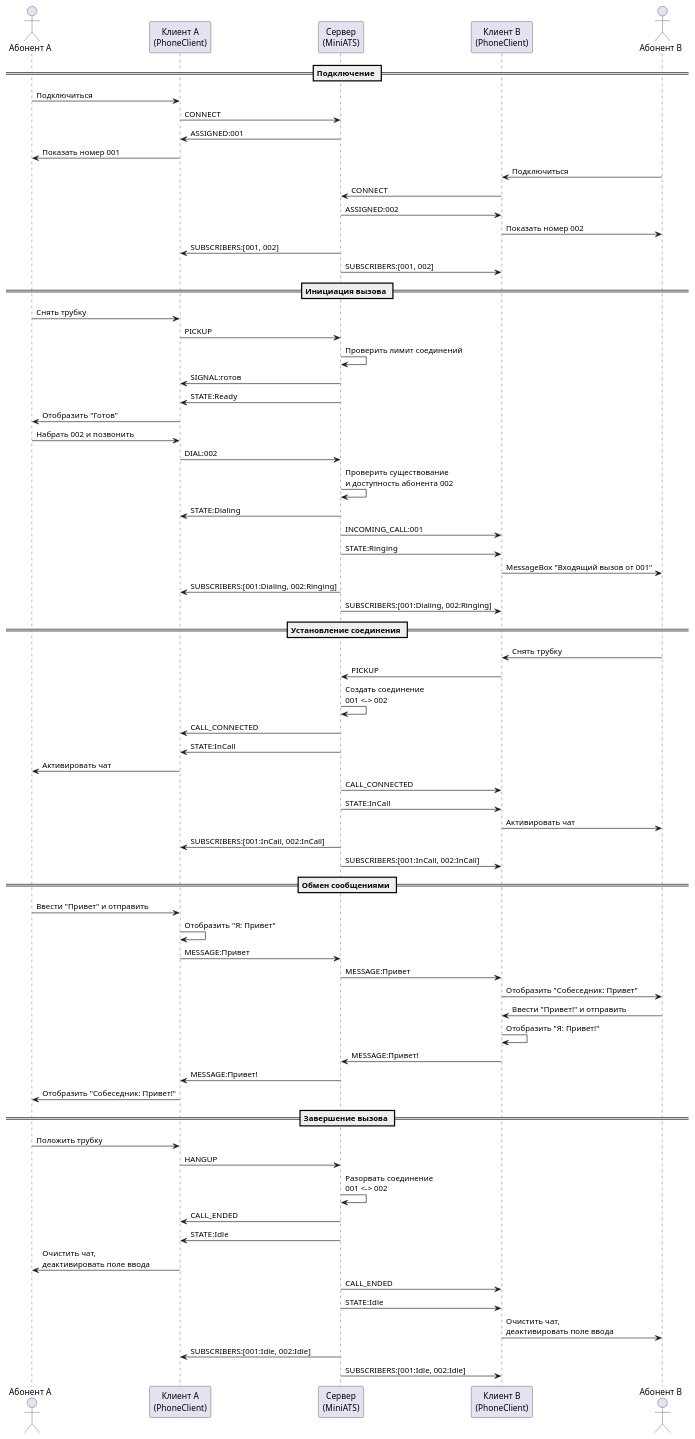
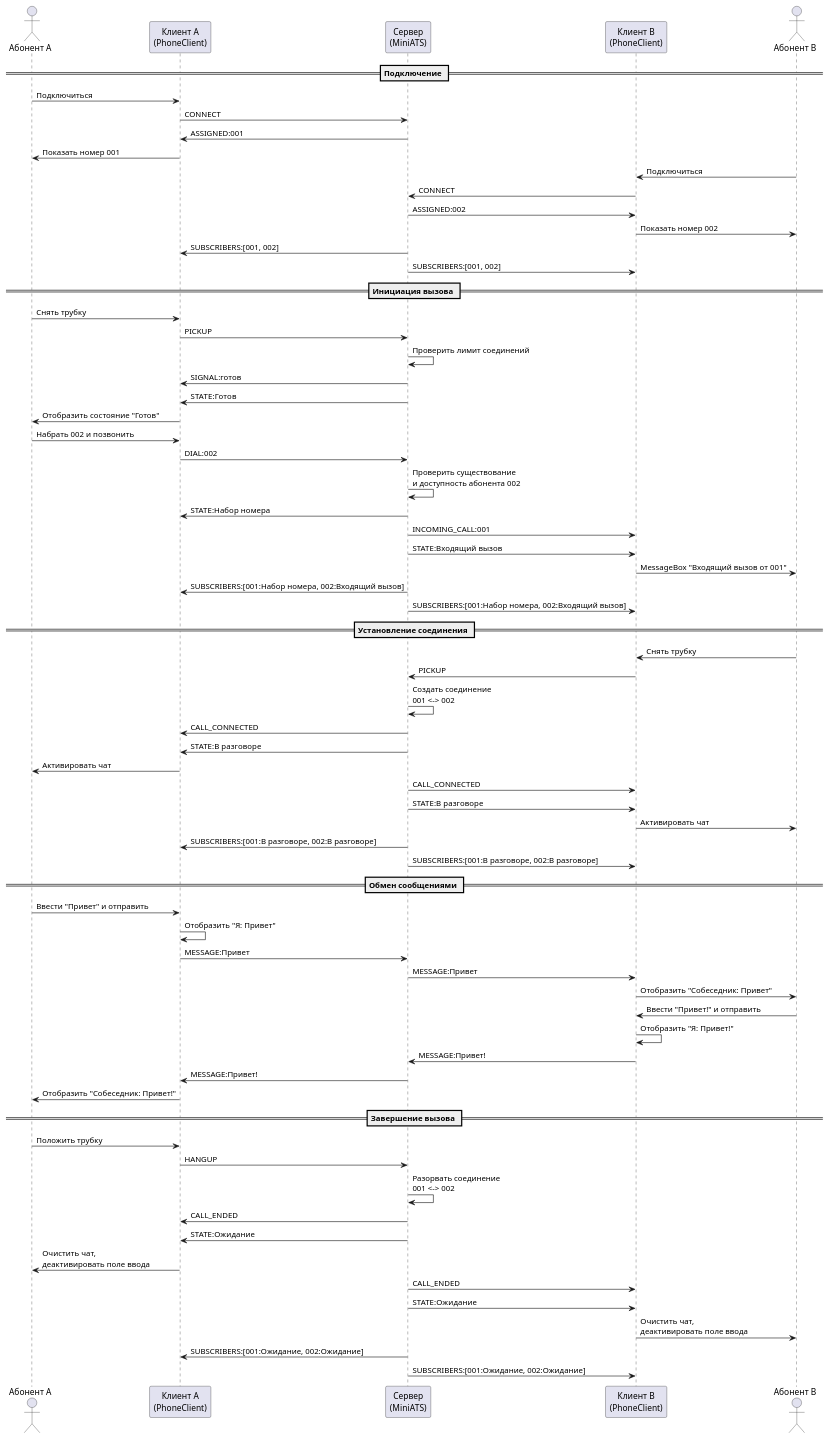
One commit to icepow-r/TelephoneExchange changed the diagram in docs/diagrams/sequence-diagram.puml. Above: the diagram before and after it, drawn with PlantUML. The commit also changed 2 other files, not shown here.

Commit message:
Update diagrams

```diff
--- a/docs/diagrams/sequence-diagram.puml
+++ b/docs/diagrams/sequence-diagram.puml
@@ -1,85 +1,85 @@
 @startuml Диаграмма последовательности - Успешный вызов
 
 actor "Абонент A" as ClientA
 participant "Клиент A\n(PhoneClient)" as PhoneA
 participant "Сервер\n(MiniATS)" as Server
 participant "Клиент B\n(PhoneClient)" as PhoneB
 actor "Абонент B" as ClientB
 
 == Подключение ==
 ClientA -> PhoneA: Подключиться
 PhoneA -> Server: CONNECT
 Server -> PhoneA: ASSIGNED:001
 PhoneA -> ClientA: Показать номер 001
 
 ClientB -> PhoneB: Подключиться
 PhoneB -> Server: CONNECT
 Server -> PhoneB: ASSIGNED:002
 PhoneB -> ClientB: Показать номер 002
 
 Server -> PhoneA: SUBSCRIBERS:[001, 002]
 Server -> PhoneB: SUBSCRIBERS:[001, 002]
 
 == Инициация вызова ==
 ClientA -> PhoneA: Снять трубку
 PhoneA -> Server: PICKUP
 Server -> Server: Проверить лимит соединений
 Server -> PhoneA: SIGNAL:готов
-Server -> PhoneA: STATE:Ready
-PhoneA -> ClientA: Отобразить "Готов"
+Server -> PhoneA: STATE:Готов
+PhoneA -> ClientA: Отобразить состояние "Готов"
 
 ClientA -> PhoneA: Набрать 002 и позвонить
 PhoneA -> Server: DIAL:002
 Server -> Server: Проверить существование\nи доступность абонента 002
-Server -> PhoneA: STATE:Dialing
+Server -> PhoneA: STATE:Набор номера
 Server -> PhoneB: INCOMING_CALL:001
-Server -> PhoneB: STATE:Ringing
+Server -> PhoneB: STATE:Входящий вызов
 PhoneB -> ClientB: MessageBox "Входящий вызов от 001"
 
-Server -> PhoneA: SUBSCRIBERS:[001:Dialing, 002:Ringing]
-Server -> PhoneB: SUBSCRIBERS:[001:Dialing, 002:Ringing]
+Server -> PhoneA: SUBSCRIBERS:[001:Набор номера, 002:Входящий вызов]
+Server -> PhoneB: SUBSCRIBERS:[001:Набор номера, 002:Входящий вызов]
 
 == Установление соединения ==
 ClientB -> PhoneB: Снять трубку
 PhoneB -> Server: PICKUP
 Server -> Server: Создать соединение\n001 <-> 002
 Server -> PhoneA: CALL_CONNECTED
-Server -> PhoneA: STATE:InCall
+Server -> PhoneA: STATE:В разговоре
 PhoneA -> ClientA: Активировать чат
 
 Server -> PhoneB: CALL_CONNECTED
-Server -> PhoneB: STATE:InCall
+Server -> PhoneB: STATE:В разговоре
 PhoneB -> ClientB: Активировать чат
 
-Server -> PhoneA: SUBSCRIBERS:[001:InCall, 002:InCall]
-Server -> PhoneB: SUBSCRIBERS:[001:InCall, 002:InCall]
+Server -> PhoneA: SUBSCRIBERS:[001:В разговоре, 002:В разговоре]
+Server -> PhoneB: SUBSCRIBERS:[001:В разговоре, 002:В разговоре]
 
 == Обмен сообщениями ==
 ClientA -> PhoneA: Ввести "Привет" и отправить
 PhoneA -> PhoneA: Отобразить "Я: Привет"
 PhoneA -> Server: MESSAGE:Привет
 Server -> PhoneB: MESSAGE:Привет
 PhoneB -> ClientB: Отобразить "Собеседник: Привет"
 
 ClientB -> PhoneB: Ввести "Привет!" и отправить
 PhoneB -> PhoneB: Отобразить "Я: Привет!"
 PhoneB -> Server: MESSAGE:Привет!
 Server -> PhoneA: MESSAGE:Привет!
 PhoneA -> ClientA: Отобразить "Собеседник: Привет!"
 
 == Завершение вызова ==
 ClientA -> PhoneA: Положить трубку
 PhoneA -> Server: HANGUP
 Server -> Server: Разорвать соединение\n001 <-> 002
 Server -> PhoneA: CALL_ENDED
-Server -> PhoneA: STATE:Idle
+Server -> PhoneA: STATE:Ожидание
 PhoneA -> ClientA: Очистить чат,\nдеактивировать поле ввода
 
 Server -> PhoneB: CALL_ENDED
-Server -> PhoneB: STATE:Idle
+Server -> PhoneB: STATE:Ожидание
 PhoneB -> ClientB: Очистить чат,\nдеактивировать поле ввода
 
-Server -> PhoneA: SUBSCRIBERS:[001:Idle, 002:Idle]
-Server -> PhoneB: SUBSCRIBERS:[001:Idle, 002:Idle]
+Server -> PhoneA: SUBSCRIBERS:[001:Ожидание, 002:Ожидание]
+Server -> PhoneB: SUBSCRIBERS:[001:Ожидание, 002:Ожидание]
 
 @enduml
```
